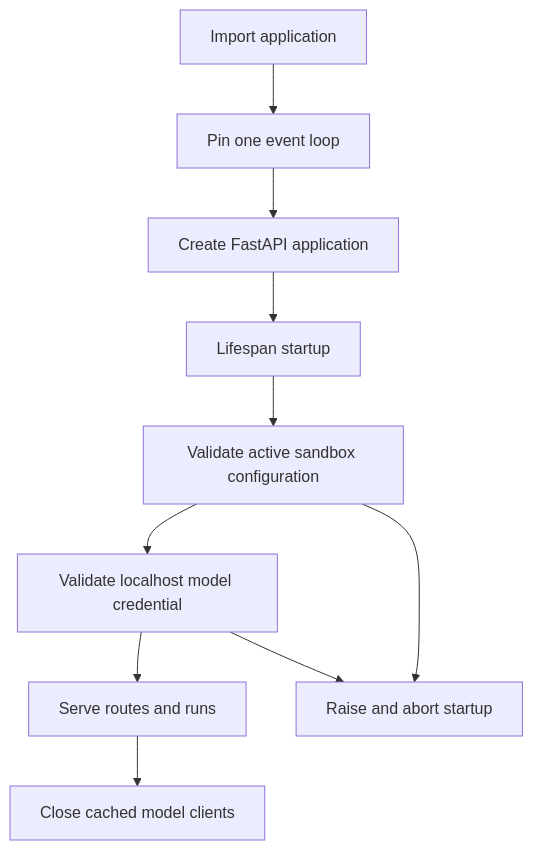
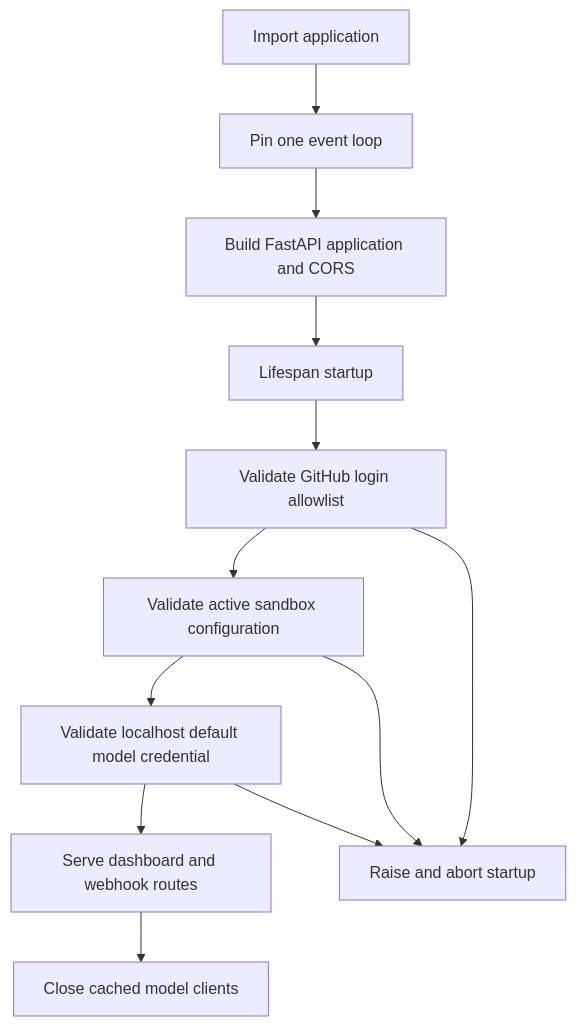
Before and after one commit to langchain-ai/open-swe: the diagram in openwiki/operations/configuration.md, drawn with Mermaid. The commit also changed other lines of this file and 51 other files, not shown here.

````diff
--- a/openwiki/operations/configuration.md
+++ b/openwiki/operations/configuration.md
@@ -66,12 +76,14 @@
 ```mermaid
 flowchart TD
-    Init["Import application"] --> Pin["Pin one event loop"]
-    Pin --> Build["Create FastAPI application"]
+    Import["Import application"] --> Pin["Pin one event loop"]
+    Pin --> Build["Build FastAPI application and CORS"]
     Build --> Start["Lifespan startup"]
-    Start --> CheckSandbox["Validate active sandbox configuration"]
-    CheckSandbox --> CheckModel["Validate localhost model credential"]
-    CheckModel --> Serve["Serve routes and runs"]
-    CheckSandbox --> Stop["Raise and abort startup"]
-    CheckModel --> Stop
+    Start --> Login["Validate GitHub login allowlist"]
+    Login --> Sandbox["Validate active sandbox configuration"]
+    Sandbox --> Model["Validate localhost default model credential"]
+    Model --> Serve["Serve dashboard and webhook routes"]
+    Login --> Abort["Raise and abort startup"]
+    Sandbox --> Abort
+    Model --> Abort
     Serve --> Close["Close cached model clients"]
 ```
````
